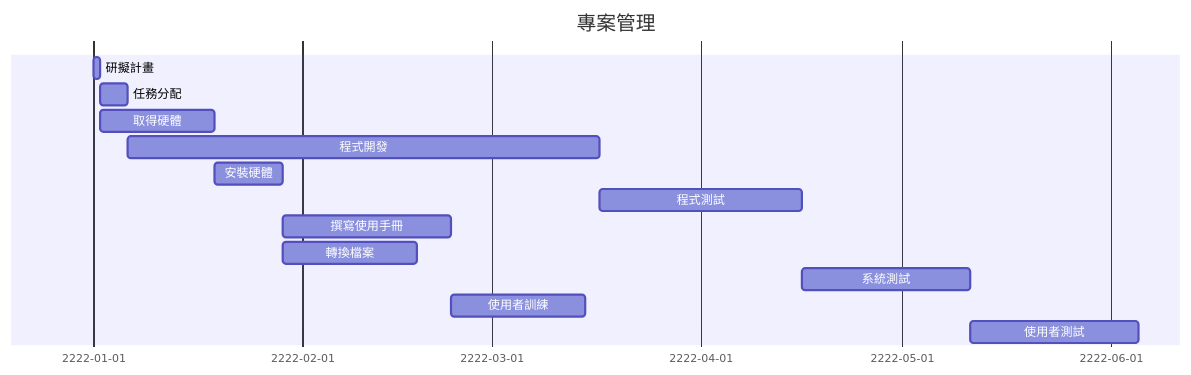
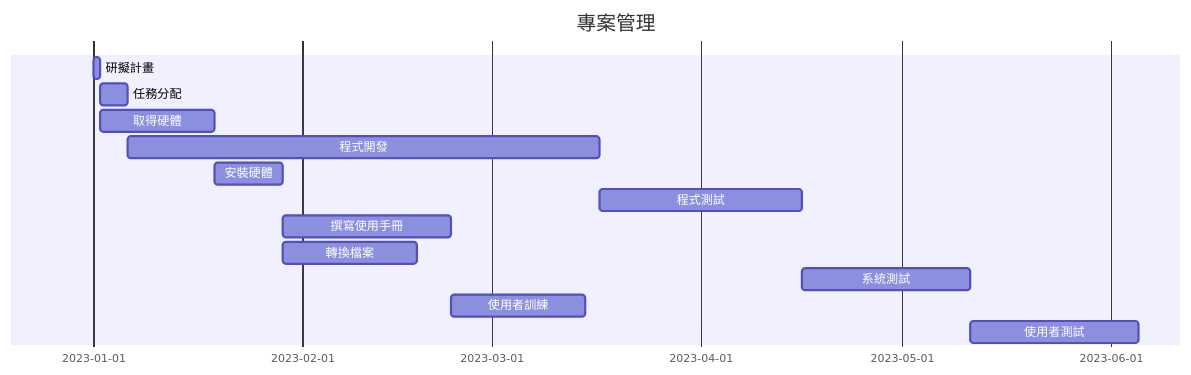
Before and after one commit to nihaodo/C110118217: the diagram in hw2.md, drawn with Mermaid.

````diff
--- a/hw2.md
+++ b/hw2.md
@@ -4,15 +4,15 @@
 ```mermaid
 gantt
     title 專案管理
-    研擬計畫      :a1, 2222-01-01, 1d
+    研擬計畫      :a1, 2023-01-01, 1d
     任務分配      :a2, after a1, 4d
     取得硬體      :a3, after a1, 17d
     程式開發      :a4, after a2, 70d
     安裝硬體      :a5, after a3, 10d
     程式測試      :a6, after a4, 30d
     撰寫使用手冊   :a7, after a5, 25d
     轉換檔案      :a8, after a5, 20d
     系統測試      :a9, after a6, 25d
     使用者訓練    :a10, after a7 & a8, 20d
     使用者測試    :a11, after a9 & a10, 25d
 ```
````
